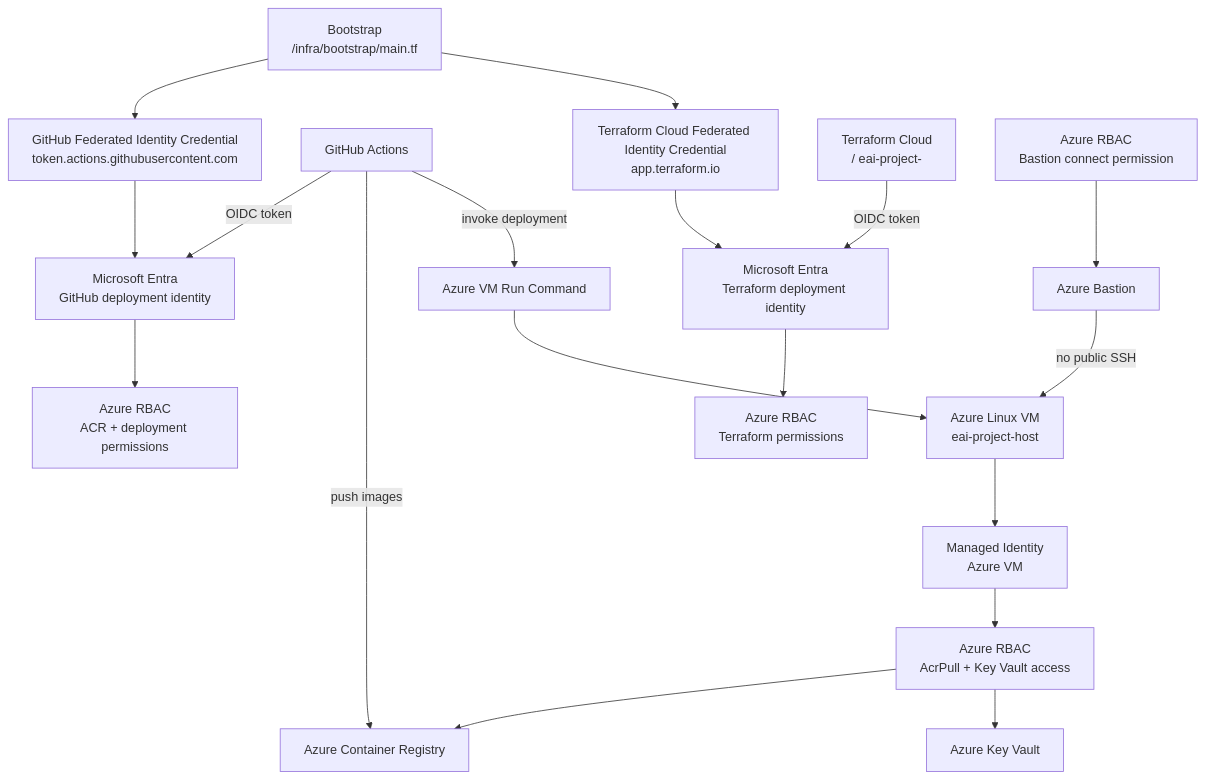
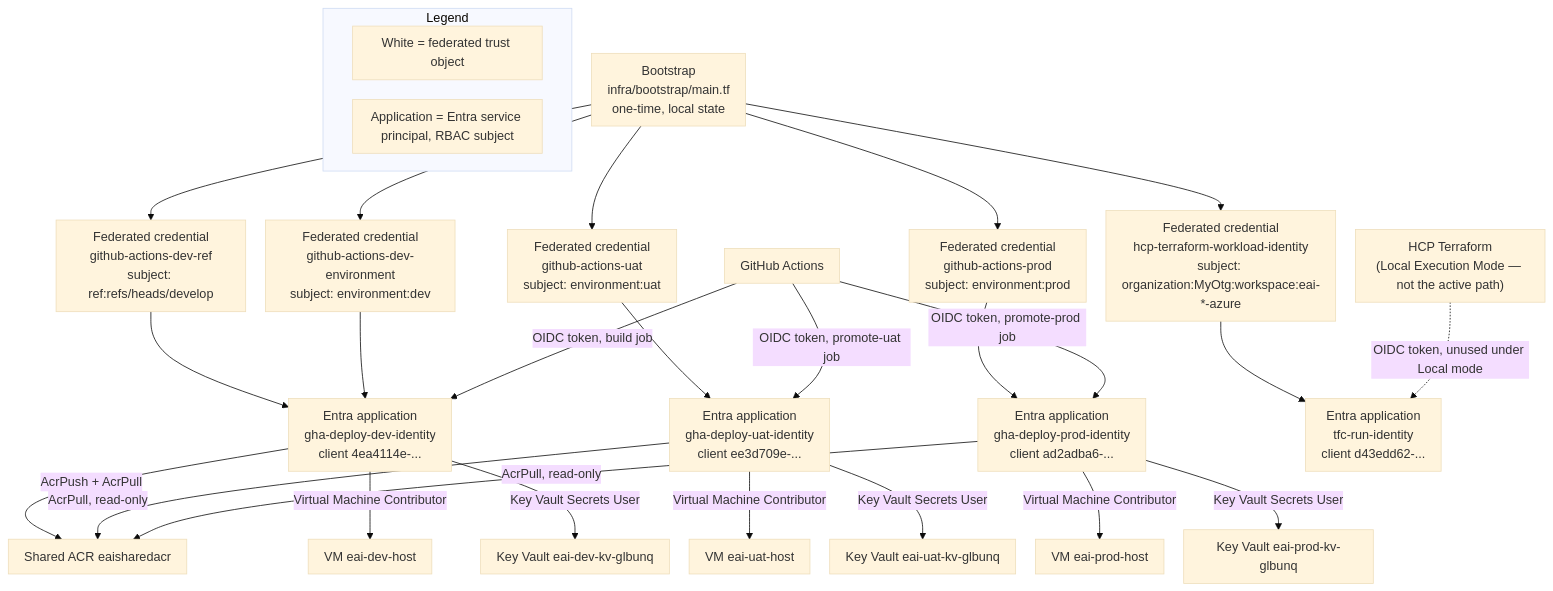
One commit to nikmar0808/enterprise-integration-azure changed the third of 4 diagrams in docs/INFRA_VIEW_AZURE.md. Above: the diagram before and after it, drawn with Mermaid. The commit also changed other lines of this file and 32 other files, not shown here.

Commit message:
Release 1.1: added variables in .tf, checking strategy of UAT tear down/DEV build up, default ACR_REGISTRY, IMAGE_TAG fixes

````diff
--- a/docs/INFRA_VIEW_AZURE.md
+++ b/docs/INFRA_VIEW_AZURE.md
@@ -150,55 +133,63 @@
 ```mermaid
+%%{init: {"theme":"base","themeVariables":{"fontFamily":"Arial","fontSize":"16px"},"flowchart":{"nodeSpacing":25,"rankSpacing":50,"padding":10}}}%%
 flowchart TB
-    BOOT["Bootstrap
-/infra/bootstrap/main.tf"]
-    GHFED["GitHub Federated Identity Credential
-token.actions.githubusercontent.com"]
-    GHAID["Microsoft Entra
-GitHub deployment identity"]
-    GHARBAC["Azure RBAC
-ACR + deployment permissions"]
+    BOOT["Bootstrap\ninfra/bootstrap/main.tf\none-time, local state"]
+
+    GHFEDref["Federated credential\ngithub-actions-dev-ref\nsubject: ref:refs/heads/develop"]
+    GHFEDenv["Federated credential\ngithub-actions-dev-environment\nsubject: environment:dev"]
+    GHAdev["Entra application\ngha-deploy-dev-identity\nclient 4ea4114e-..."]
+
+    GHFEDuat["Federated credential\ngithub-actions-uat\nsubject: environment:uat"]
+    GHAuat["Entra application\ngha-deploy-uat-identity\nclient ee3d709e-..."]
+
+    GHFEDprod["Federated credential\ngithub-actions-prod\nsubject: environment:prod"]
+    GHAprod["Entra application\ngha-deploy-prod-identity\nclient ad2adba6-..."]
+
+    TFCFED["Federated credential\nhcp-terraform-workload-identity\nsubject: organization:MyOtg:workspace:eai-*-azure"]
+    TFCID["Entra application\ntfc-run-identity\nclient d43edd62-..."]
+
     GHA["GitHub Actions"]
+    TFC["HCP Terraform\n(Local Execution Mode — not the active path)"]
 
-    TFCFED["Terraform Cloud Federated Identity Credential
-app.terraform.io"]
-    TFCID["Microsoft Entra
-Terraform deployment identity"]
-    TFCRBAC["Azure RBAC
-Terraform permissions"]
-    TFC["Terraform Cloud
-<HCP_TERRAFORM_ORG> / eai-project-<environment>"]
+    ACR["Shared ACR eaisharedacr"]
+    VMd["VM eai-dev-host"]
+    VMu["VM eai-uat-host"]
+    VMp["VM eai-prod-host"]
+    KVd["Key Vault eai-dev-kv-glbunq"]
+    KVu["Key Vault eai-uat-kv-glbunq"]
+    KVp["Key Vault eai-prod-kv-glbunq"]
 
-    VMID["Managed Identity
-Azure VM"]
-    VM["Azure Linux VM
-eai-project-host"]
-    VMROLE["Azure RBAC
-AcrPull + Key Vault access"]
-    ACR["Azure Container Registry"]
-    KV["Azure Key Vault"]
-    RUNCMD["Azure VM Run Command"]
-    BASTION["Azure Bastion"]
-    OPRBAC["Azure RBAC
-Bastion connect permission"]
+    BOOT --> GHFEDref
+    BOOT --> GHFEDenv
+    BOOT --> GHFEDuat
+    BOOT --> GHFEDprod
+    BOOT --> TFCFED
 
-    BOOT --> GHFED
-    GHFED --> GHAID
-    GHAID --> GHARBAC
-    GHA -->|OIDC token| GHAID
-    GHA -->|push images| ACR
-    GHA -->|invoke deployment| RUNCMD
-    RUNCMD --> VM
+    GHFEDref --> GHAdev
+    GHFEDenv --> GHAdev
+    GHFEDuat --> GHAuat
+    GHFEDprod --> GHAprod
+    TFCFED --> TFCID
 
-    BOOT --> TFCFED
-    TFCFED --> TFCID
-    TFCID --> TFCRBAC
-    TFC -->|OIDC token| TFCID
+    GHA -->|OIDC token, build job| GHAdev
+    GHA -->|OIDC token, promote-uat job| GHAuat
+    GHA -->|OIDC token, promote-prod job| GHAprod
+    TFC -.OIDC token, unused under Local mode.-> TFCID
 
-    VM --> VMID
-    VMID --> VMROLE
-    VMROLE --> ACR
-    VMROLE --> KV
+    GHAdev -->|AcrPush + AcrPull| ACR
+    GHAdev -->|Virtual Machine Contributor| VMd
+    GHAdev -->|Key Vault Secrets User| KVd
 
-    OPRBAC --> BASTION
-    BASTION -->|no public SSH| VM
+    GHAuat -->|AcrPull, read-only| ACR
+    GHAuat -->|Virtual Machine Contributor| VMu
+    GHAuat -->|Key Vault Secrets User| KVu
+
+    GHAprod -->|AcrPull, read-only| ACR
+    GHAprod -->|Virtual Machine Contributor| VMp
+    GHAprod -->|Key Vault Secrets User| KVp
+
+    subgraph LEGEND[Legend]
+        L1["White = federated trust object"]
+        L2["Application = Entra service principal, RBAC subject"]
+    end
 ```
````
